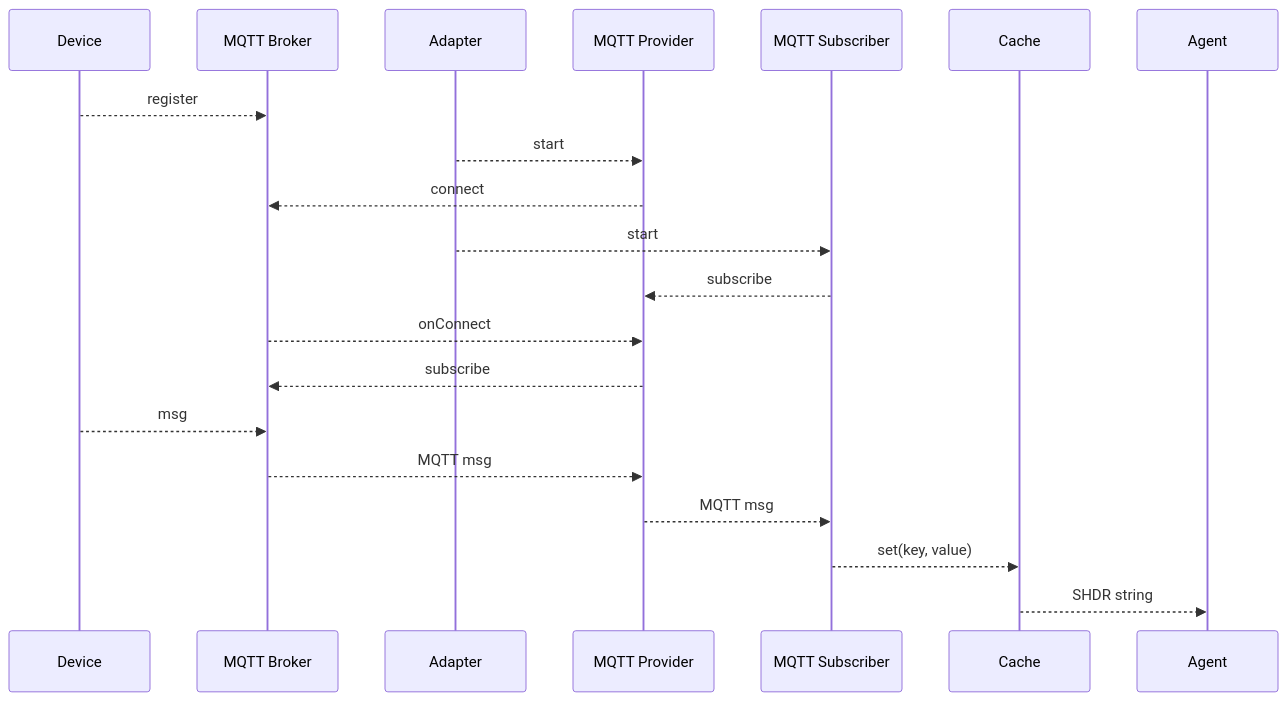
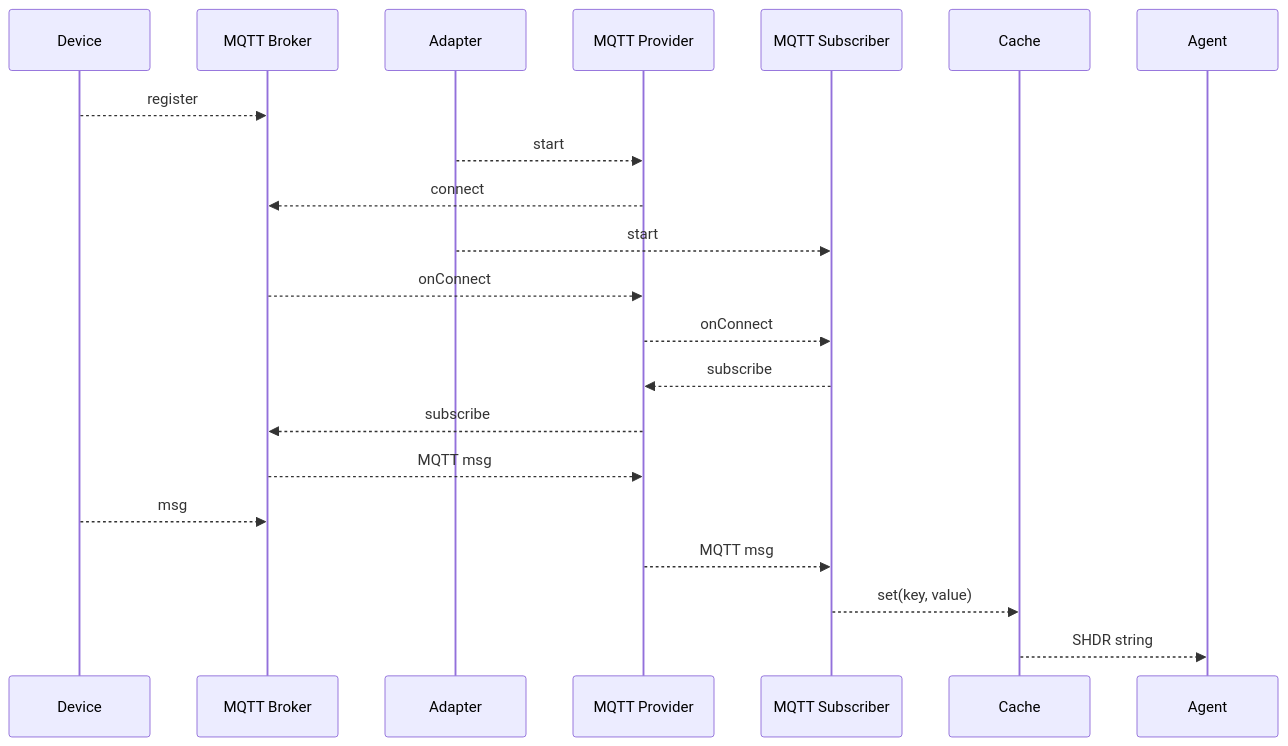
Before and after one commit to Ladder99/ladder99: the first of 4 diagrams in docs/old/sequences.md, drawn with Mermaid. The commit also changed 4 other files, not shown here.

````diff
--- a/docs/old/sequences.md
+++ b/docs/old/sequences.md
@@ -7,27 +7,28 @@
 ```mermaid
 sequenceDiagram
 
 participant device as Device
 participant broker as MQTT Broker
 participant adapter as Adapter
 participant provider as MQTT Provider
 participant subscriber as MQTT Subscriber
 participant cache as Cache
 participant agent as Agent
 #participant user as User
 
 device -->> broker: register
 adapter -->> provider: start
 provider -->> broker: connect
 adapter -->> subscriber: start
+broker -->> provider: onConnect
+provider -->> subscriber: onConnect
 subscriber -->> provider: subscribe
-broker -->> provider: onConnect
 provider -->> broker: subscribe
+broker -->> provider: MQTT msg
 device -->> broker: msg
-broker -->> provider: MQTT msg
 provider -->> subscriber: MQTT msg
 subscriber -->> cache: set(key, value)
 cache -->> agent: SHDR string
 #agent -->> user: XML <DataItems />
 
 ```
````
